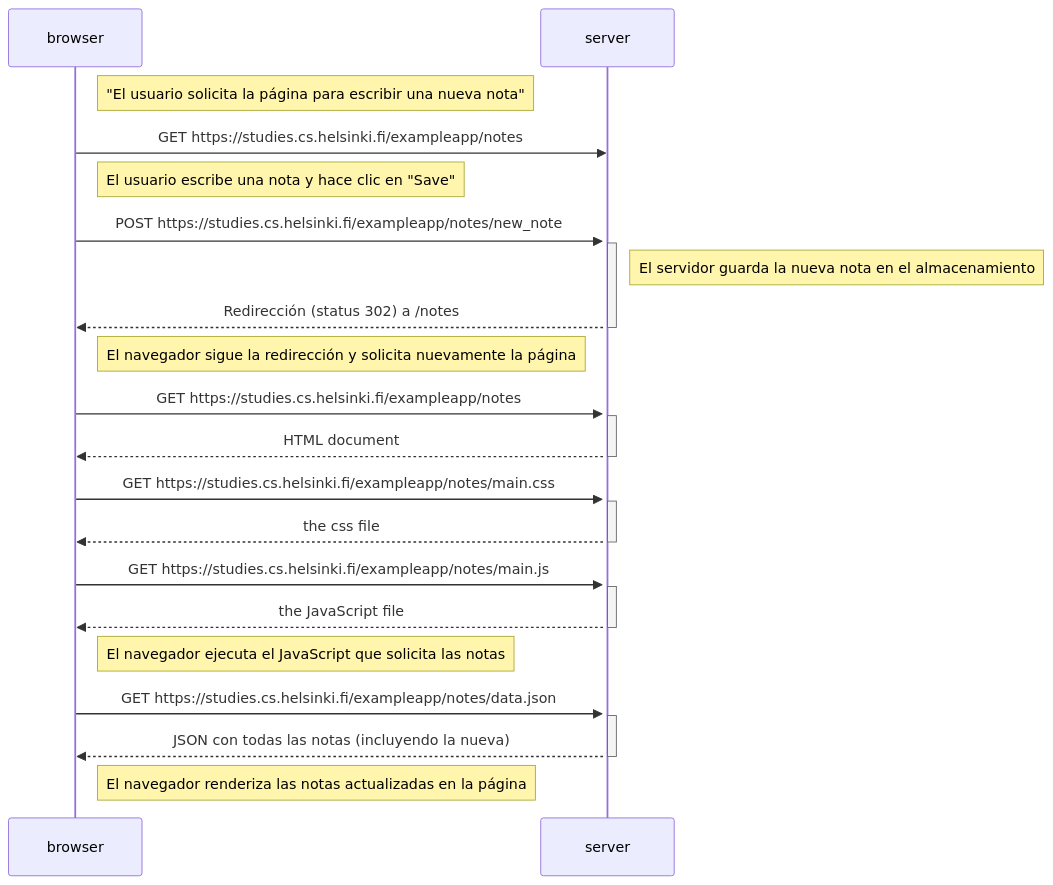
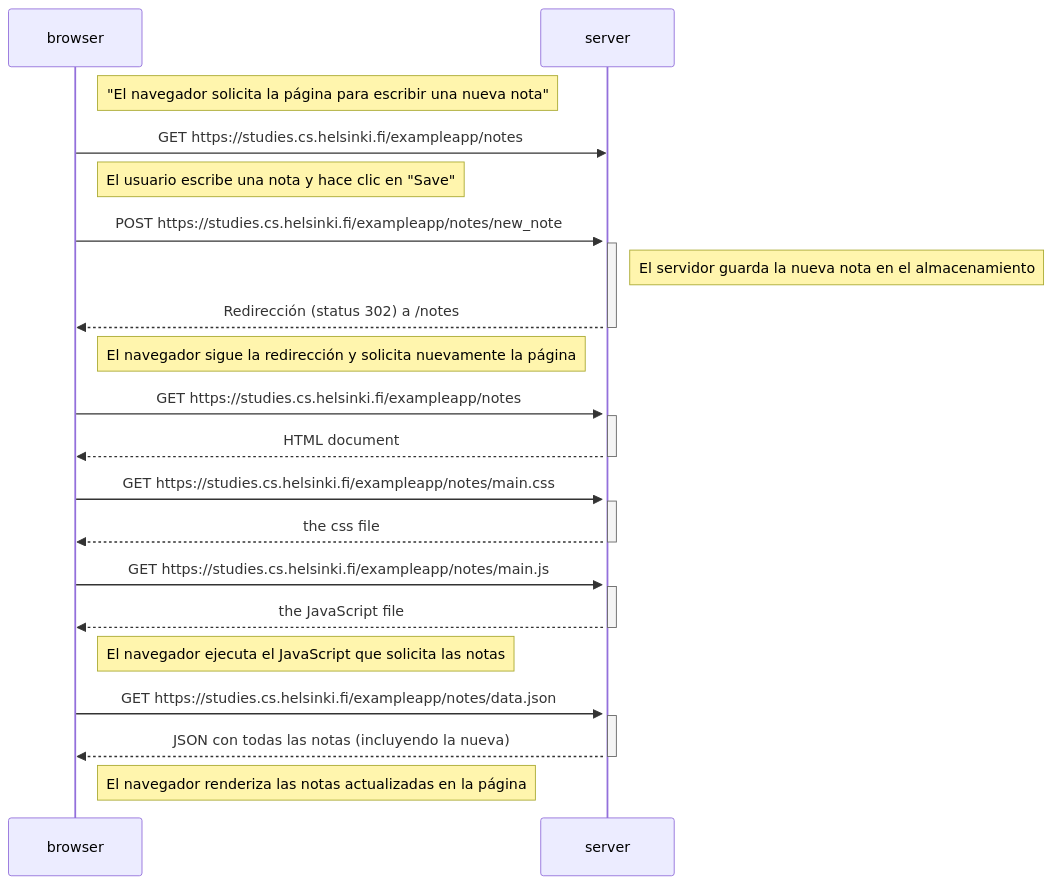
One commit to mauroperez055/fullstack-open-exercises changed the diagram in part0/0.4.md. Above: the diagram before and after it, drawn with Mermaid.

Commit message:
Actualizo contenido del ejercicio 0.4

````diff
--- a/part0/0.4.md
+++ b/part0/0.4.md
@@ -4,45 +4,43 @@
 ```mermaid
 sequenceDiagram
     participant browser
     participant server
 
-    Note right of browser: "El usuario solicita la página para escribir una nueva nota"
+    Note right of browser: "El navegador solicita la página para escribir una nueva nota"
     browser->>server: GET https://studies.cs.helsinki.fi/exampleapp/notes
     activate server
-
-
 
     Note right of browser: El usuario escribe una nota y hace clic en "Save"
 
     browser->>server: POST https://studies.cs.helsinki.fi/exampleapp/notes/new_note
     activate server
     Note right of server: El servidor guarda la nueva nota en el almacenamiento
     server-->>browser: Redirección (status 302) a /notes
     deactivate server
 
     Note right of browser: El navegador sigue la redirección y solicita nuevamente la página
 
     browser->>server: GET https://studies.cs.helsinki.fi/exampleapp/notes
     activate server
     server-->>browser: HTML document
     deactivate server
 
     browser->>server: GET https://studies.cs.helsinki.fi/exampleapp/notes/main.css
     activate server
     server-->>browser: the css file
     deactivate server
 
     browser->>server: GET https://studies.cs.helsinki.fi/exampleapp/notes/main.js
     activate server
     server-->>browser: the JavaScript file
     deactivate server
 
     Note right of browser: El navegador ejecuta el JavaScript que solicita las notas
 
     browser->>server: GET https://studies.cs.helsinki.fi/exampleapp/notes/data.json
     activate server
     server-->>browser: JSON con todas las notas (incluyendo la nueva)
     deactivate server
 
     Note right of browser: El navegador renderiza las notas actualizadas en la página
 ```
````
